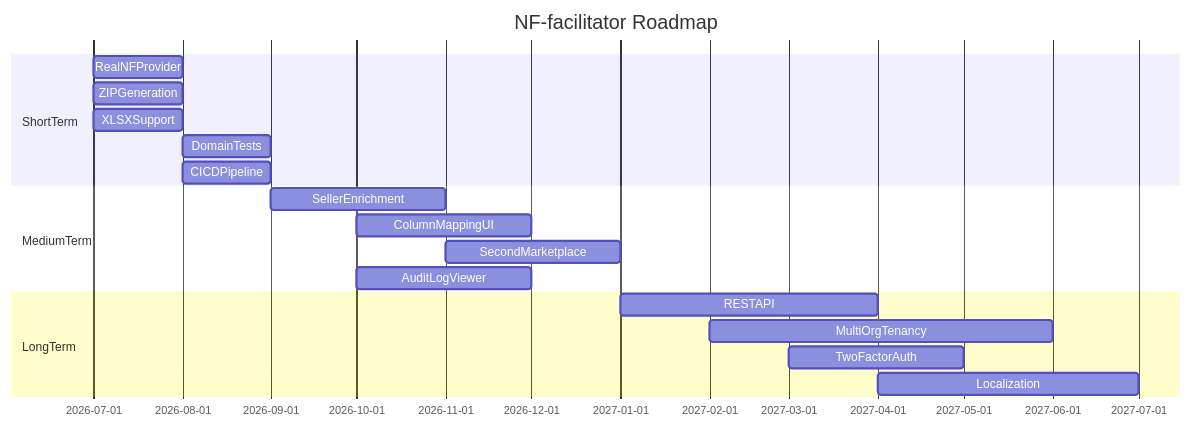
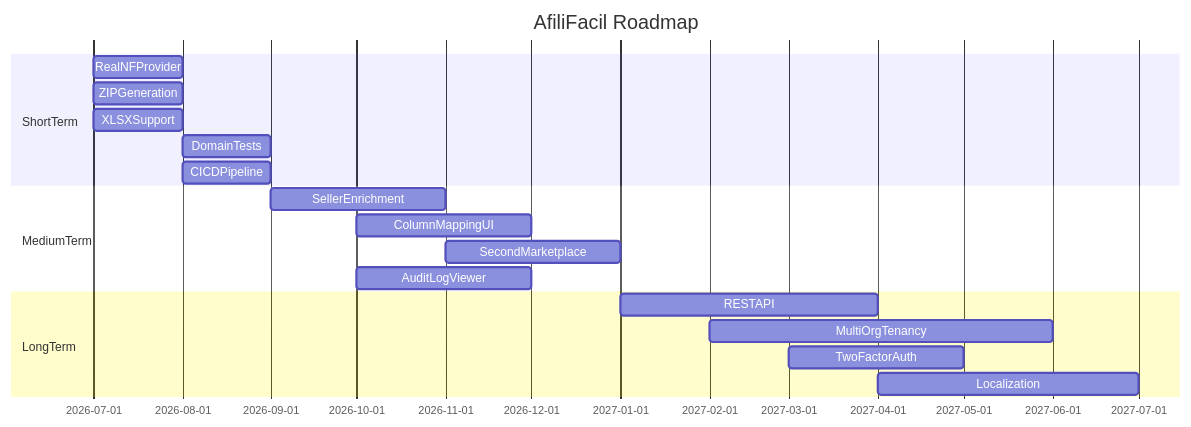
One commit to luishecastilho/AfiliFacil changed the diagram in .ai/roadmap.md. Above: the diagram before and after it, drawn with Mermaid. The commit also changed other lines of this file and 33 other files, not shown here.

````diff
--- a/.ai/roadmap.md
+++ b/.ai/roadmap.md
@@ -85,21 +85,21 @@
 ```mermaid
 gantt
-    title NF-facilitator Roadmap
+    title AfiliFacil Roadmap
     dateFormat YYYY-MM
     section ShortTerm
     RealNFProvider           :2026-07, 2026-08
     ZIPGeneration            :2026-07, 2026-08
     XLSXSupport                :2026-07, 2026-08
     DomainTests                :2026-08, 2026-09
     CICDPipeline               :2026-08, 2026-09
     section MediumTerm
     SellerEnrichment           :2026-09, 2026-11
     ColumnMappingUI            :2026-10, 2026-12
     SecondMarketplace          :2026-11, 2027-01
     AuditLogViewer             :2026-10, 2026-12
     section LongTerm
     RESTAPI                    :2027-01, 2027-04
     MultiOrgTenancy            :2027-02, 2027-06
     TwoFactorAuth              :2027-03, 2027-05
     Localization               :2027-04, 2027-07
 ```
````
